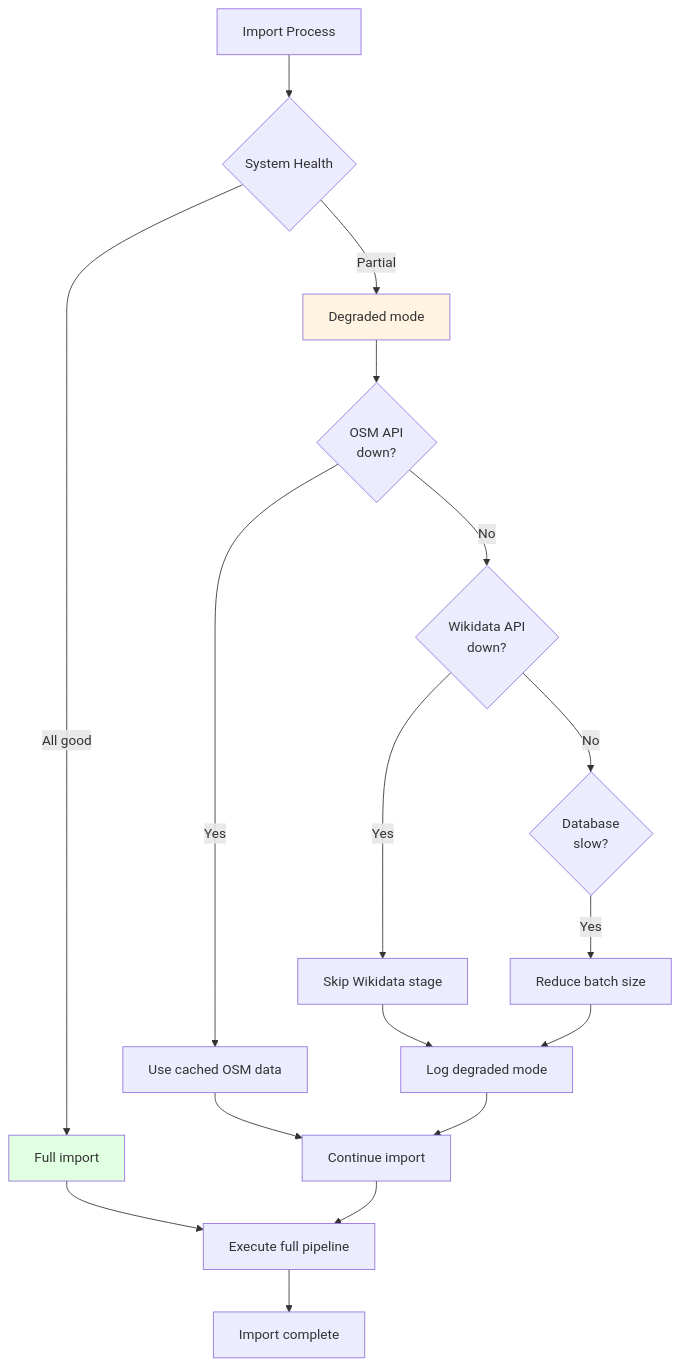
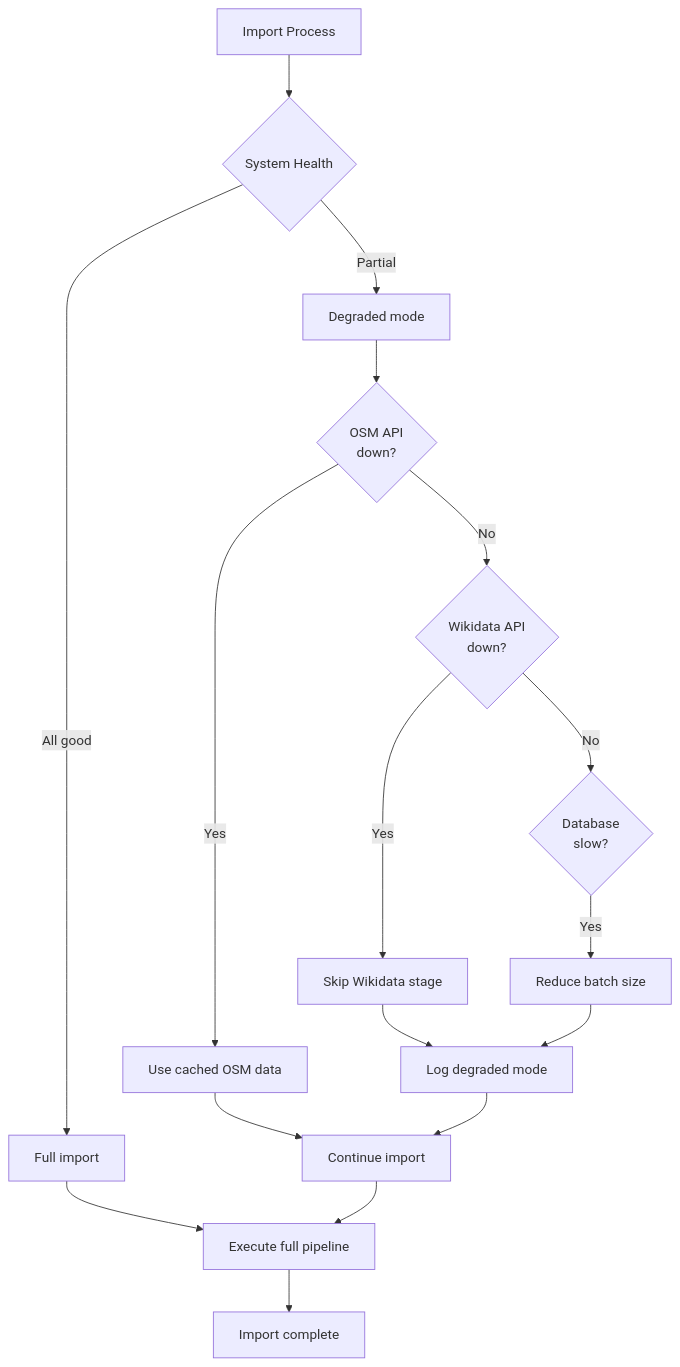
One commit to DaxServer/geocode-commons-categories changed diagram 17 of 19 in docs/import/error-handling.md. Above: the diagram before and after it, drawn with Mermaid. The commit also changed other lines of this file and 5 other files, not shown here.

````diff
--- a/docs/import/error-handling.md
+++ b/docs/import/error-handling.md
@@ -740,30 +703,28 @@
 ```mermaid
 graph TD
     START[Import Process] --> HEALTH_CHECK{System Health}
 
     HEALTH_CHECK -->|All good| FULL[Full import]
     HEALTH_CHECK -->|Partial| DEGRADED[Degraded mode]
 
     DEGRADED --> CHECK_1{OSM API<br/>down?}
 
     CHECK_1 -->|Yes| USE_CACHE[Use cached OSM data]
     CHECK_1 -->|No| CHECK_2{Wikidata API<br/>down?}
 
     USE_CACHE --> CONTINUE_IMPORT[Continue import]
     CHECK_2 -->|Yes| SKIP_WIKIDATA[Skip Wikidata stage]
     CHECK_2 -->|No| CHECK_3{Database<br/>slow?}
 
     SKIP_WIKIDATA --> LOG_DEGRADED[Log degraded mode]
     CHECK_3 -->|Yes| REDUCE_BATCH[Reduce batch size]
 
     REDUCE_BATCH --> LOG_DEGRADED
     LOG_DEGRADED --> CONTINUE_IMPORT
 
     FULL --> IMPORT[Execute full pipeline]
     CONTINUE_IMPORT --> IMPORT
 
     IMPORT --> COMPLETE[Import complete]
 
-    style FULL fill:#e1ffe1
-    style DEGRADED fill:#fff4e1
 ```
````
